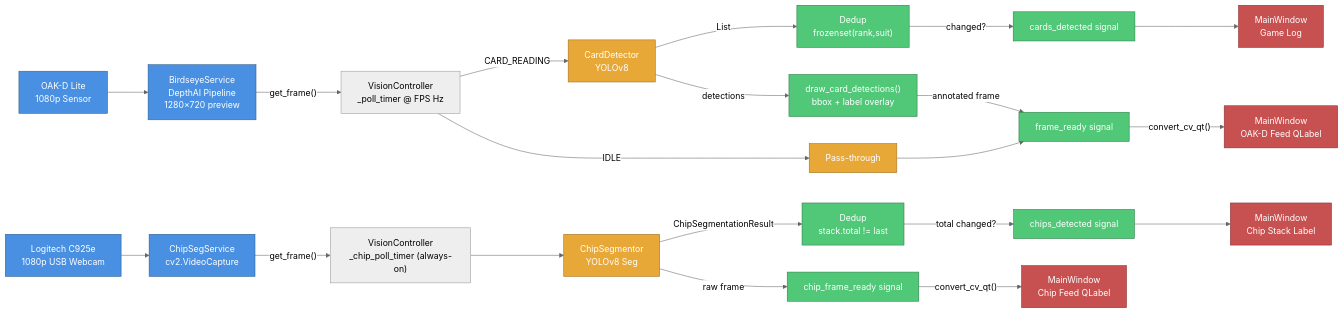
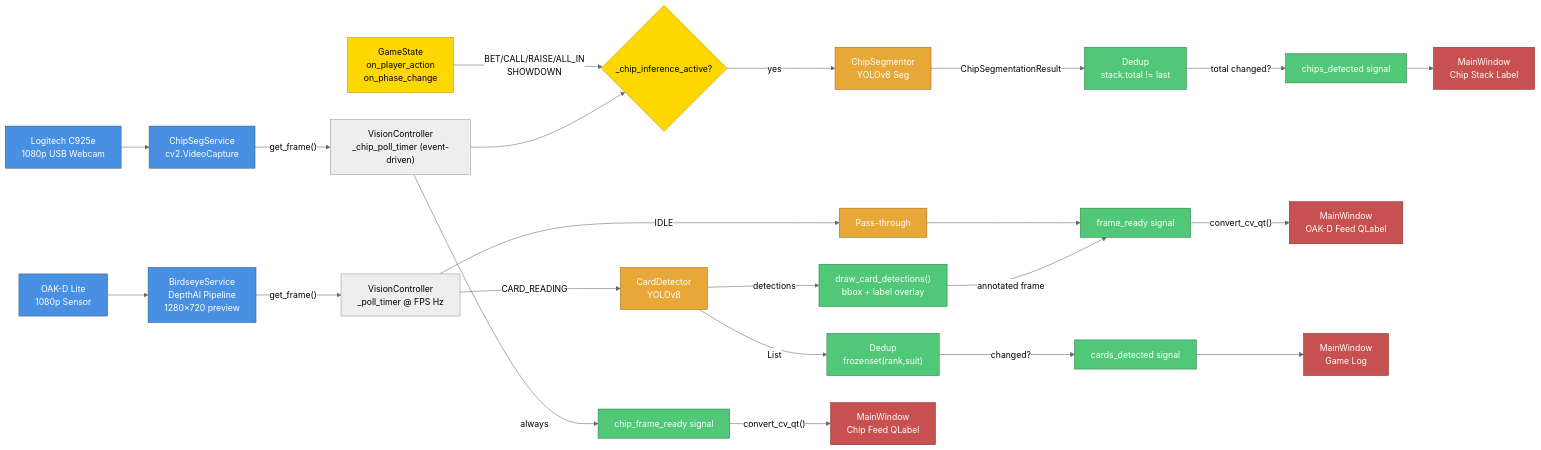
The diagram in docs/diagrams/vision-pipeline/vision-pipeline.mmd (jalliet/prap-25-26), drawn with Mermaid (neutral theme) before and after one commit. The commit also changed 10 other files, not shown here.

First line of the commit message:
docs: update diagrams and docs for event-driven chip inference

```diff
--- a/docs/diagrams/vision-pipeline/vision-pipeline.mmd
+++ b/docs/diagrams/vision-pipeline/vision-pipeline.mmd
@@ -1,62 +1,70 @@
 flowchart LR
     OAK["OAK-D Lite<br/>1080p Sensor"]
     BS["BirdseyeService<br/>DepthAI Pipeline<br/>1280×720 preview"]
     C925e["Logitech C925e<br/>1080p USB Webcam"]
     CSS["ChipSegService<br/>cv2.VideoCapture"]
 
     VC["VisionController<br/>_poll_timer @ FPS Hz"]
-    CHIP_TIMER["VisionController<br/>_chip_poll_timer (always-on)"]
+    CHIP_TIMER["VisionController<br/>_chip_poll_timer (event-driven)"]
 
     CD["CardDetector<br/>YOLOv8"]
     CHI["ChipSegmentor<br/>YOLOv8 Seg"]
     PASS["Pass-through"]
 
     DEDUP_C["Dedup<br/>frozenset(rank,suit)"]
     DEDUP_CHIP["Dedup<br/>stack.total != last"]
     DRAW["draw_card_detections()<br/>bbox + label overlay"]
 
     SIG_F["frame_ready signal"]
     SIG_C["cards_detected signal"]
     SIG_CF["chip_frame_ready signal"]
     SIG_CH["chips_detected signal"]
 
     FEED["MainWindow<br/>OAK-D Feed QLabel"]
     LOG["MainWindow<br/>Game Log"]
     CHIP_FEED["MainWindow<br/>Chip Feed QLabel"]
     CHIP_LBL["MainWindow<br/>Chip Stack Label"]
 
     OAK --> BS
     BS -->|"get_frame()"| VC
 
     VC -->|"CARD_READING"| CD
     VC -->|"IDLE"| PASS
 
     CD -->|"List<CardDetection>"| DEDUP_C
     CD -->|"detections"| DRAW
     DRAW -->|"annotated frame"| SIG_F
 
     DEDUP_C -->|"changed?"| SIG_C
 
     PASS --> SIG_F
 
+    GS_ACT["GameState<br/>on_player_action<br/>on_phase_change"]
+    GATE{"_chip_inference_active?"}
+
     C925e --> CSS
     CSS -->|"get_frame()"| CHIP_TIMER
-    CHIP_TIMER --> CHI
+    CHIP_TIMER -->|"always"| SIG_CF
+    CHIP_TIMER --> GATE
+    GS_ACT -->|"BET/CALL/RAISE/ALL_IN<br/>SHOWDOWN"| GATE
+    GATE -->|"yes"| CHI
     CHI -->|"ChipSegmentationResult"| DEDUP_CHIP
-    CHI -->|"raw frame"| SIG_CF
     DEDUP_CHIP -->|"total changed?"| SIG_CH
 
     SIG_F -->|"convert_cv_qt()"| FEED
     SIG_C --> LOG
     SIG_CF -->|"convert_cv_qt()"| CHIP_FEED
     SIG_CH --> CHIP_LBL
 
     classDef camera fill:#4A90E2,stroke:#2B5C8A,color:#fff
     classDef detect fill:#E8A838,stroke:#A06B1F,color:#fff
     classDef signal fill:#50C878,stroke:#2D7A47,color:#fff
     classDef ui fill:#C75050,stroke:#8A2D2D,color:#fff
 
+    classDef gate fill:#FFD700,stroke:#B8960F,color:#000
+
     class OAK,BS,C925e,CSS camera
     class CD,CHI,PASS detect
     class SIG_F,SIG_C,SIG_CF,SIG_CH,DEDUP_C,DEDUP_CHIP,DRAW signal
     class FEED,LOG,CHIP_FEED,CHIP_LBL ui
+    class GS_ACT,GATE gate
```
